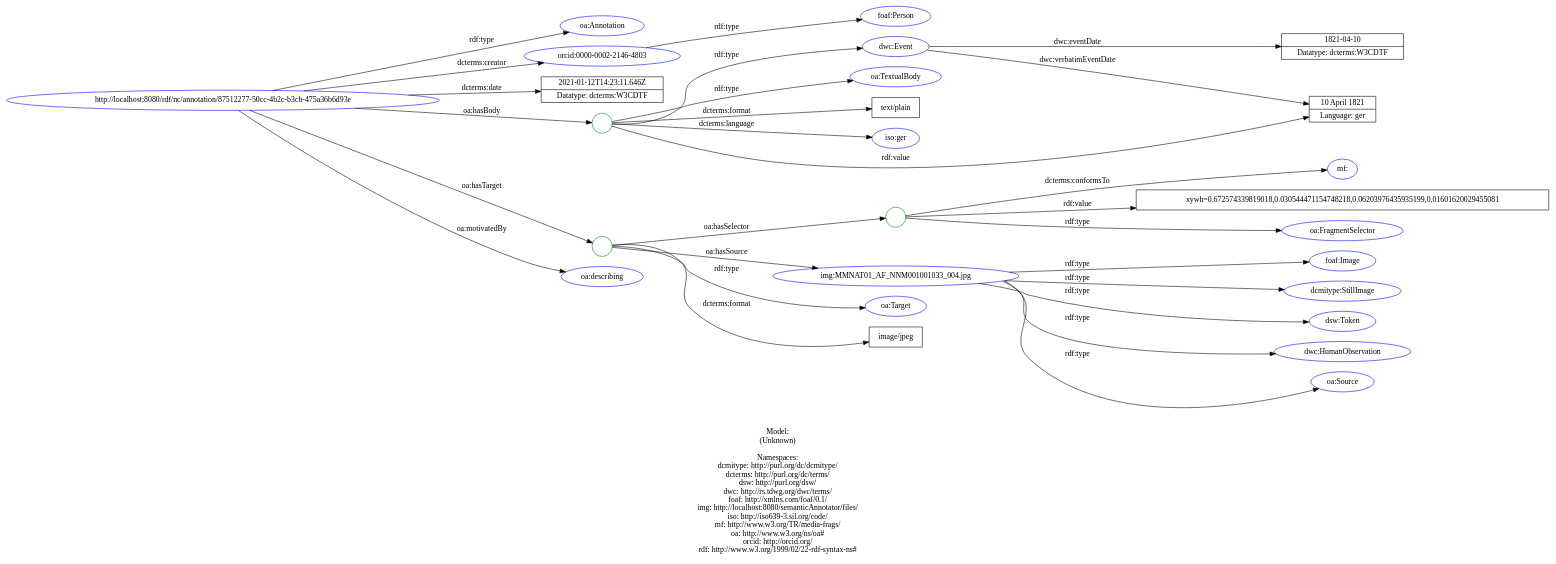
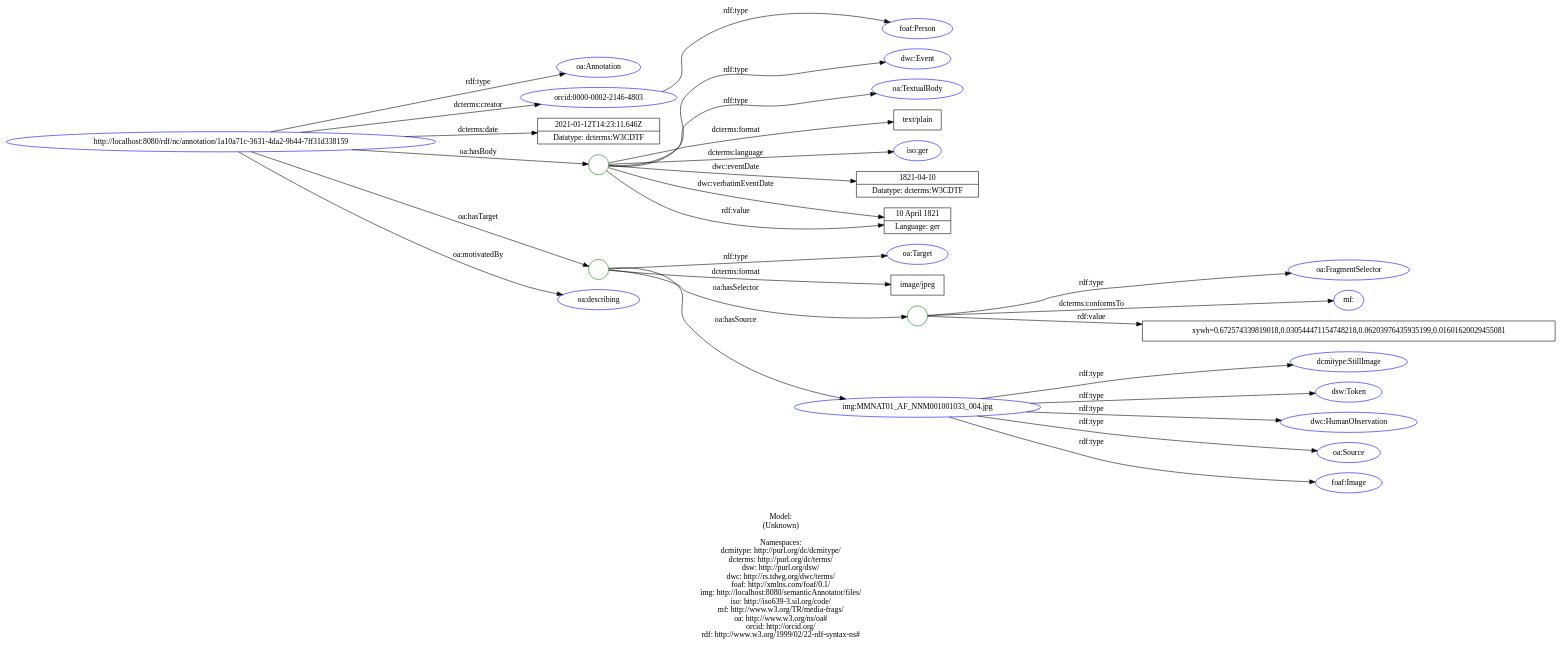
The diagram in doc/models/example_7_1.dot (lisestork/SFB-Annotator), drawn with Graphviz before and after one commit. The commit also changed 4 other files, not shown here.

Commit message:
Update data model: example 7_1 #81. - fix triples with dwc:eventDate & dwc:verbatimEventDate predicates

```diff
--- a/doc/models/example_7_1.dot
+++ b/doc/models/example_7_1.dot
@@ -1,65 +1,65 @@
 digraph {
 	rankdir = LR;
 	charset="utf-8";
 
-	"Rhttp://localhost:8080/rdf/nc/annotation/87512277-50cc-4b2c-b3cb-475a36b6d93e" -> "Roa:Annotation" [ label="rdf:type" ];
-	"Rhttp://localhost:8080/rdf/nc/annotation/87512277-50cc-4b2c-b3cb-475a36b6d93e" -> "Rorcid:0000-0002-2146-4803" [ label="dcterms:creator" ];
-	"Rhttp://localhost:8080/rdf/nc/annotation/87512277-50cc-4b2c-b3cb-475a36b6d93e" -> "L2021-01-12T14:23:11.646Z|Datatype: dcterms:W3CDTF" [ label="dcterms:date" ];
-	"Rhttp://localhost:8080/rdf/nc/annotation/87512277-50cc-4b2c-b3cb-475a36b6d93e" -> "B_:node1evfck18lx51" [ label="oa:hasBody" ];
-	"B_:node1evfck18lx51" -> "Rdwc:Event" [ label="rdf:type" ];
-	"B_:node1evfck18lx51" -> "Roa:TextualBody" [ label="rdf:type" ];
-	"B_:node1evfck18lx51" -> "Ltext/plain" [ label="dcterms:format" ];
-	"B_:node1evfck18lx51" -> "Riso:ger" [ label="dcterms:language" ];
-	"B_:node1evfck18lx51" -> "L10 April 1821|Language: ger" [ label="rdf:value" ];
-	"Rhttp://localhost:8080/rdf/nc/annotation/87512277-50cc-4b2c-b3cb-475a36b6d93e" -> "B_:node1evfck18lx50" [ label="oa:hasTarget" ];
-	"B_:node1evfck18lx50" -> "Roa:Target" [ label="rdf:type" ];
-	"B_:node1evfck18lx50" -> "Limage/jpeg" [ label="dcterms:format" ];
-	"B_:node1evfck18lx50" -> "B_:node1evfck18lx53" [ label="oa:hasSelector" ];
-	"B_:node1evfck18lx53" -> "Roa:FragmentSelector" [ label="rdf:type" ];
-	"B_:node1evfck18lx53" -> "Rmf:" [ label="dcterms:conformsTo" ];
-	"B_:node1evfck18lx53" -> "Lxywh=0.672574339819018,0.030544471154748218,0.06203976435935199,0.01601620029455081" [ label="rdf:value" ];
-	"B_:node1evfck18lx50" -> "Rimg:MMNAT01_AF_NNM001001033_004.jpg" [ label="oa:hasSource" ];
-	"Rhttp://localhost:8080/rdf/nc/annotation/87512277-50cc-4b2c-b3cb-475a36b6d93e" -> "Roa:describing" [ label="oa:motivatedBy" ];
+	"Rhttp://localhost:8080/rdf/nc/annotation/1a10a71c-3631-4da2-9b44-7ff31d338159" -> "Roa:Annotation" [ label="rdf:type" ];
+	"Rhttp://localhost:8080/rdf/nc/annotation/1a10a71c-3631-4da2-9b44-7ff31d338159" -> "Rorcid:0000-0002-2146-4803" [ label="dcterms:creator" ];
+	"Rhttp://localhost:8080/rdf/nc/annotation/1a10a71c-3631-4da2-9b44-7ff31d338159" -> "L2021-01-12T14:23:11.646Z|Datatype: dcterms:W3CDTF" [ label="dcterms:date" ];
+	"Rhttp://localhost:8080/rdf/nc/annotation/1a10a71c-3631-4da2-9b44-7ff31d338159" -> "B_:node1evfnhjrix2" [ label="oa:hasBody" ];
+	"B_:node1evfnhjrix2" -> "Rdwc:Event" [ label="rdf:type" ];
+	"B_:node1evfnhjrix2" -> "Roa:TextualBody" [ label="rdf:type" ];
+	"B_:node1evfnhjrix2" -> "Ltext/plain" [ label="dcterms:format" ];
+	"B_:node1evfnhjrix2" -> "Riso:ger" [ label="dcterms:language" ];
+	"B_:node1evfnhjrix2" -> "L1821-04-10|Datatype: dcterms:W3CDTF" [ label="dwc:eventDate" ];
+	"B_:node1evfnhjrix2" -> "L10 April 1821|Language: ger" [ label="dwc:verbatimEventDate" ];
+	"B_:node1evfnhjrix2" -> "L10 April 1821|Language: ger" [ label="rdf:value" ];
+	"Rhttp://localhost:8080/rdf/nc/annotation/1a10a71c-3631-4da2-9b44-7ff31d338159" -> "B_:node1evfnhjrix1" [ label="oa:hasTarget" ];
+	"B_:node1evfnhjrix1" -> "Roa:Target" [ label="rdf:type" ];
+	"B_:node1evfnhjrix1" -> "Limage/jpeg" [ label="dcterms:format" ];
+	"B_:node1evfnhjrix1" -> "B_:node1evfnhjrix4" [ label="oa:hasSelector" ];
+	"B_:node1evfnhjrix4" -> "Roa:FragmentSelector" [ label="rdf:type" ];
+	"B_:node1evfnhjrix4" -> "Rmf:" [ label="dcterms:conformsTo" ];
+	"B_:node1evfnhjrix4" -> "Lxywh=0.672574339819018,0.030544471154748218,0.06203976435935199,0.01601620029455081" [ label="rdf:value" ];
+	"B_:node1evfnhjrix1" -> "Rimg:MMNAT01_AF_NNM001001033_004.jpg" [ label="oa:hasSource" ];
+	"Rhttp://localhost:8080/rdf/nc/annotation/1a10a71c-3631-4da2-9b44-7ff31d338159" -> "Roa:describing" [ label="oa:motivatedBy" ];
 	"Rorcid:0000-0002-2146-4803" -> "Rfoaf:Person" [ label="rdf:type" ];
 	"Rimg:MMNAT01_AF_NNM001001033_004.jpg" -> "Rdcmitype:StillImage" [ label="rdf:type" ];
 	"Rimg:MMNAT01_AF_NNM001001033_004.jpg" -> "Rdsw:Token" [ label="rdf:type" ];
 	"Rimg:MMNAT01_AF_NNM001001033_004.jpg" -> "Rdwc:HumanObservation" [ label="rdf:type" ];
 	"Rimg:MMNAT01_AF_NNM001001033_004.jpg" -> "Roa:Source" [ label="rdf:type" ];
 	"Rimg:MMNAT01_AF_NNM001001033_004.jpg" -> "Rfoaf:Image" [ label="rdf:type" ];
-	"Rdwc:Event" -> "L1821-04-10|Datatype: dcterms:W3CDTF" [ label="dwc:eventDate" ];
-	"Rdwc:Event" -> "L10 April 1821|Language: ger" [ label="dwc:verbatimEventDate" ];
 
 	// Resources
-	"Rhttp://localhost:8080/rdf/nc/annotation/87512277-50cc-4b2c-b3cb-475a36b6d93e" [ label="http://localhost:8080/rdf/nc/annotation/87512277-50cc-4b2c-b3cb-475a36b6d93e", shape = ellipse, color = blue ];
+	"Rhttp://localhost:8080/rdf/nc/annotation/1a10a71c-3631-4da2-9b44-7ff31d338159" [ label="http://localhost:8080/rdf/nc/annotation/1a10a71c-3631-4da2-9b44-7ff31d338159", shape = ellipse, color = blue ];
 	"Roa:Annotation" [ label="oa:Annotation", shape = ellipse, color = blue ];
 	"Rorcid:0000-0002-2146-4803" [ label="orcid:0000-0002-2146-4803", shape = ellipse, color = blue ];
 	"Rdwc:Event" [ label="dwc:Event", shape = ellipse, color = blue ];
 	"Roa:TextualBody" [ label="oa:TextualBody", shape = ellipse, color = blue ];
 	"Riso:ger" [ label="iso:ger", shape = ellipse, color = blue ];
 	"Roa:Target" [ label="oa:Target", shape = ellipse, color = blue ];
 	"Roa:FragmentSelector" [ label="oa:FragmentSelector", shape = ellipse, color = blue ];
 	"Rmf:" [ label="mf:", shape = ellipse, color = blue ];
 	"Rimg:MMNAT01_AF_NNM001001033_004.jpg" [ label="img:MMNAT01_AF_NNM001001033_004.jpg", shape = ellipse, color = blue ];
 	"Roa:describing" [ label="oa:describing", shape = ellipse, color = blue ];
 	"Rfoaf:Person" [ label="foaf:Person", shape = ellipse, color = blue ];
 	"Rdcmitype:StillImage" [ label="dcmitype:StillImage", shape = ellipse, color = blue ];
 	"Rdsw:Token" [ label="dsw:Token", shape = ellipse, color = blue ];
 	"Rdwc:HumanObservation" [ label="dwc:HumanObservation", shape = ellipse, color = blue ];
 	"Roa:Source" [ label="oa:Source", shape = ellipse, color = blue ];
 	"Rfoaf:Image" [ label="foaf:Image", shape = ellipse, color = blue ];
 
 	// Anonymous nodes
-	"B_:node1evfck18lx51" [ label="", shape = circle, color = green ];
-	"B_:node1evfck18lx50" [ label="", shape = circle, color = green ];
-	"B_:node1evfck18lx53" [ label="", shape = circle, color = green ];
+	"B_:node1evfnhjrix2" [ label="", shape = circle, color = green ];
+	"B_:node1evfnhjrix1" [ label="", shape = circle, color = green ];
+	"B_:node1evfnhjrix4" [ label="", shape = circle, color = green ];
 
 	// Literals
 	"L2021-01-12T14:23:11.646Z|Datatype: dcterms:W3CDTF" [ label="2021-01-12T14:23:11.646Z|Datatype: dcterms:W3CDTF", shape = record ];
 	"Ltext/plain" [ label="text/plain", shape = record ];
+	"L1821-04-10|Datatype: dcterms:W3CDTF" [ label="1821-04-10|Datatype: dcterms:W3CDTF", shape = record ];
 	"L10 April 1821|Language: ger" [ label="10 April 1821|Language: ger", shape = record ];
 	"Limage/jpeg" [ label="image/jpeg", shape = record ];
 	"Lxywh=0.672574339819018,0.030544471154748218,0.06203976435935199,0.01601620029455081" [ label="xywh=0.672574339819018,0.030544471154748218,0.06203976435935199,0.01601620029455081", shape = record ];
-	"L1821-04-10|Datatype: dcterms:W3CDTF" [ label="1821-04-10|Datatype: dcterms:W3CDTF", shape = record ];
 
 	label="\n\nModel:\n(Unknown)\n\nNamespaces:\ndcmitype: http://purl.org/dc/dcmitype/\ndcterms: http://purl.org/dc/terms/\ndsw: http://purl.org/dsw/\ndwc: http://rs.tdwg.org/dwc/terms/\nfoaf: http://xmlns.com/foaf/0.1/\nimg: http://localhost:8080/semanticAnnotator/files/\niso: http://iso639-3.sil.org/code/\nmf: http://www.w3.org/TR/media-frags/\noa: http://www.w3.org/ns/oa#\norcid: http://orcid.org/\nrdf: http://www.w3.org/1999/02/22-rdf-syntax-ns#\n";
 }
```
